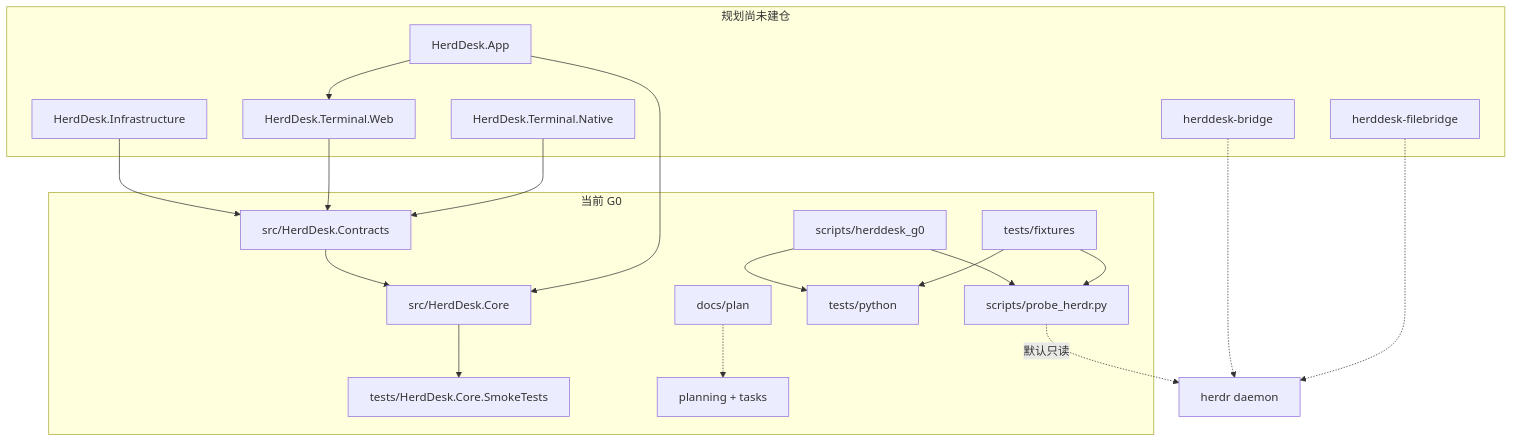
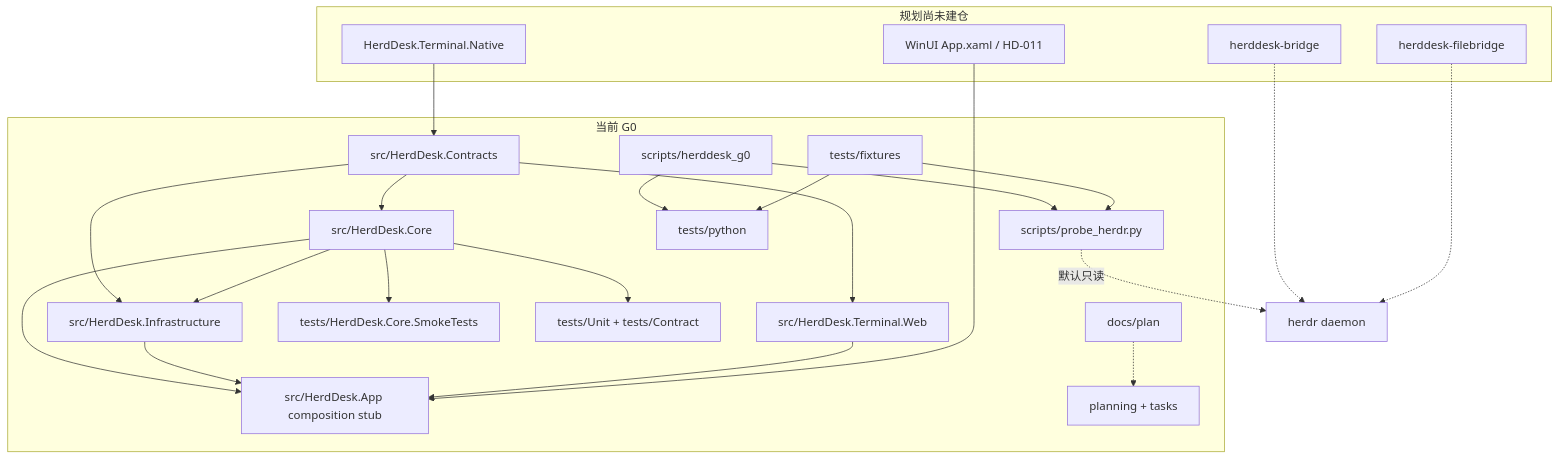
Before and after one commit to bahayonghang/HerdrDesk: the diagram in CLAUDE.md, drawn with Mermaid. The commit also changed other lines of this file and 57 other files, not shown here.

First line of the commit message:
feat(solution): ✨ 添加 BCL 桌面骨架与依赖图门

````diff
--- a/CLAUDE.md
+++ b/CLAUDE.md
@@ -32,38 +32,44 @@
 ```mermaid
 flowchart TB
   subgraph current [当前 G0]
     Contracts["src/HerdDesk.Contracts"]
     Core["src/HerdDesk.Core"]
+    Infra["src/HerdDesk.Infrastructure"]
+    WebTerm["src/HerdDesk.Terminal.Web"]
+    App["src/HerdDesk.App composition stub"]
     Smoke["tests/HerdDesk.Core.SmokeTests"]
+    Unit["tests/Unit + tests/Contract"]
     Proto["scripts/herddesk_g0"]
     Probe["scripts/probe_herdr.py"]
     PyTests["tests/python"]
     Fixtures["tests/fixtures"]
     PlanDocs["docs/plan"]
     Active["planning + tasks"]
     Contracts --> Core
+    Contracts --> Infra
+    Core --> Infra
+    Contracts --> WebTerm
+    Core --> App
+    Infra --> App
+    WebTerm --> App
     Core --> Smoke
+    Core --> Unit
     Proto --> Probe
     Proto --> PyTests
     Fixtures --> PyTests
     Fixtures --> Probe
     PlanDocs -.-> Active
   end
   subgraph planned [规划尚未建仓]
-    App["HerdDesk.App"]
-    Infra["HerdDesk.Infrastructure"]
-    WebTerm["HerdDesk.Terminal.Web"]
     NativeTerm["HerdDesk.Terminal.Native"]
+    WinUiShell["WinUI App.xaml / HD-011"]
     Bridge["herddesk-bridge"]
     FileBr["herddesk-filebridge"]
-    App --> Core
-    App --> WebTerm
-    Infra --> Contracts
-    WebTerm --> Contracts
     NativeTerm --> Contracts
+    WinUiShell --> App
   end
   herdr["herdr daemon"]
   Probe -.->|默认只读| herdr
   Bridge -.-> herdr
   FileBr -.-> herdr
 ```
````
